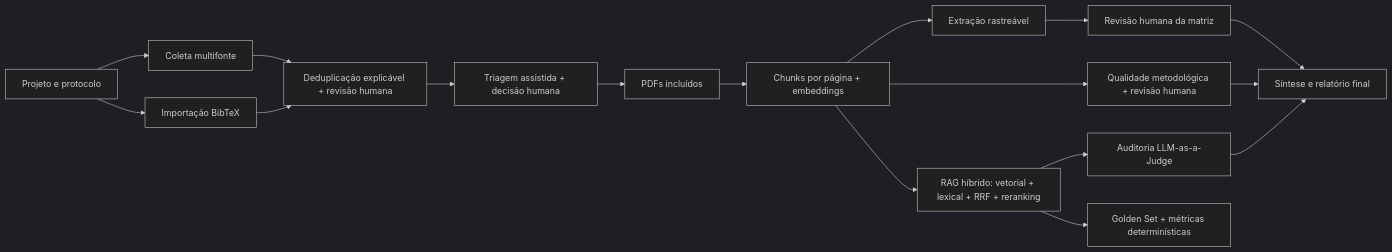
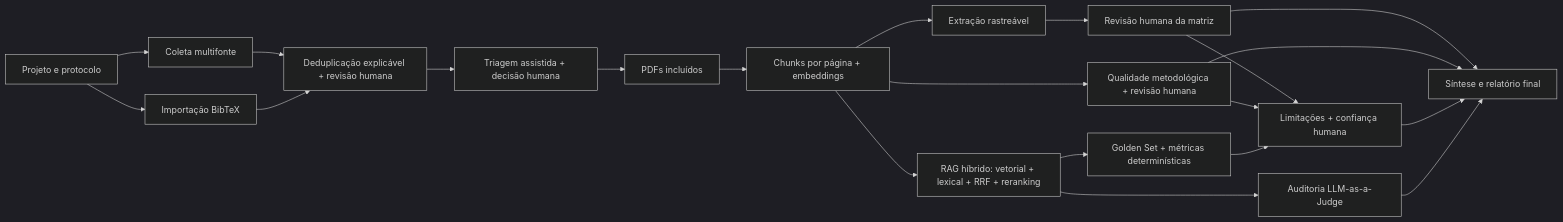
The diagram in README.md (lucianodiassp/rag-revisao-sistematica), drawn with Mermaid (dark theme) before and after one commit. The commit also changed other lines of this file and 12 other files, not shown here.

````diff
--- a/README.md
+++ b/README.md
@@ -248,19 +267,23 @@
 ```mermaid
 flowchart LR
     A["Projeto e protocolo"] --> B["Coleta multifonte"]
     A --> B2["Importação BibTeX"]
     B --> C["Deduplicação explicável + revisão humana"]
     B2 --> C
     C --> D["Triagem assistida + decisão humana"]
     D --> E["PDFs incluídos"]
     E --> F["Chunks por página + embeddings"]
     F --> G["RAG híbrido: vetorial + lexical + RRF + reranking"]
     F --> H["Extração rastreável"]
     H --> I["Revisão humana da matriz"]
     F --> Q["Qualidade metodológica + revisão humana"]
+    I --> R["Limitações + confiança humana"]
+    Q --> R
+    L --> R
     G --> J["Auditoria LLM-as-a-Judge"]
     G --> L["Golden Set + métricas determinísticas"]
     I --> K["Síntese e relatório final"]
     Q --> K
+    R --> K
     J --> K
 ```
````
